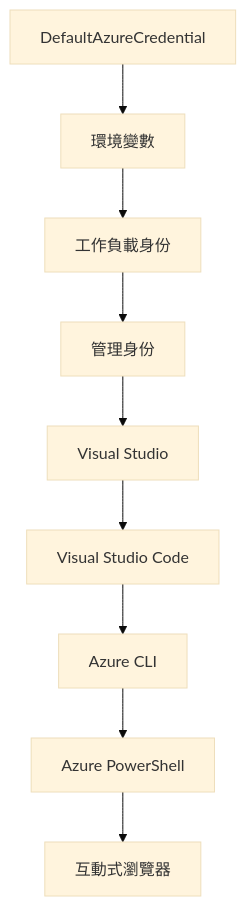
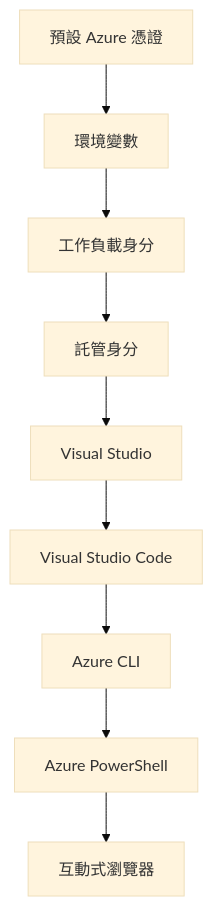
One commit to microsoft/AZD-for-beginners changed the second of 2 diagrams in translations/zh-MO/docs/chapter-01-foundation/azd-basics.md. Above: the diagram before and after it, drawn with Mermaid (base theme). The commit also changed other lines of this file and 104 other files, not shown here.

````diff
--- a/translations/zh-MO/docs/chapter-01-foundation/azd-basics.md
+++ b/translations/zh-MO/docs/chapter-01-foundation/azd-basics.md
@@ -591,11 +606,11 @@
 ```mermaid
 graph TD
-    A[DefaultAzureCredential] --> B[環境變數]
-    B --> C[工作負載身份]
-    C --> D[管理身份]
+    A[預設 Azure 憑證] --> B[環境變數]
+    B --> C[工作負載身分]
+    C --> D[託管身分]
     D --> E[Visual Studio]
     E --> F[Visual Studio Code]
     F --> G[Azure CLI]
     G --> H[Azure PowerShell]
     H --> I[互動式瀏覽器]
 ```
````
